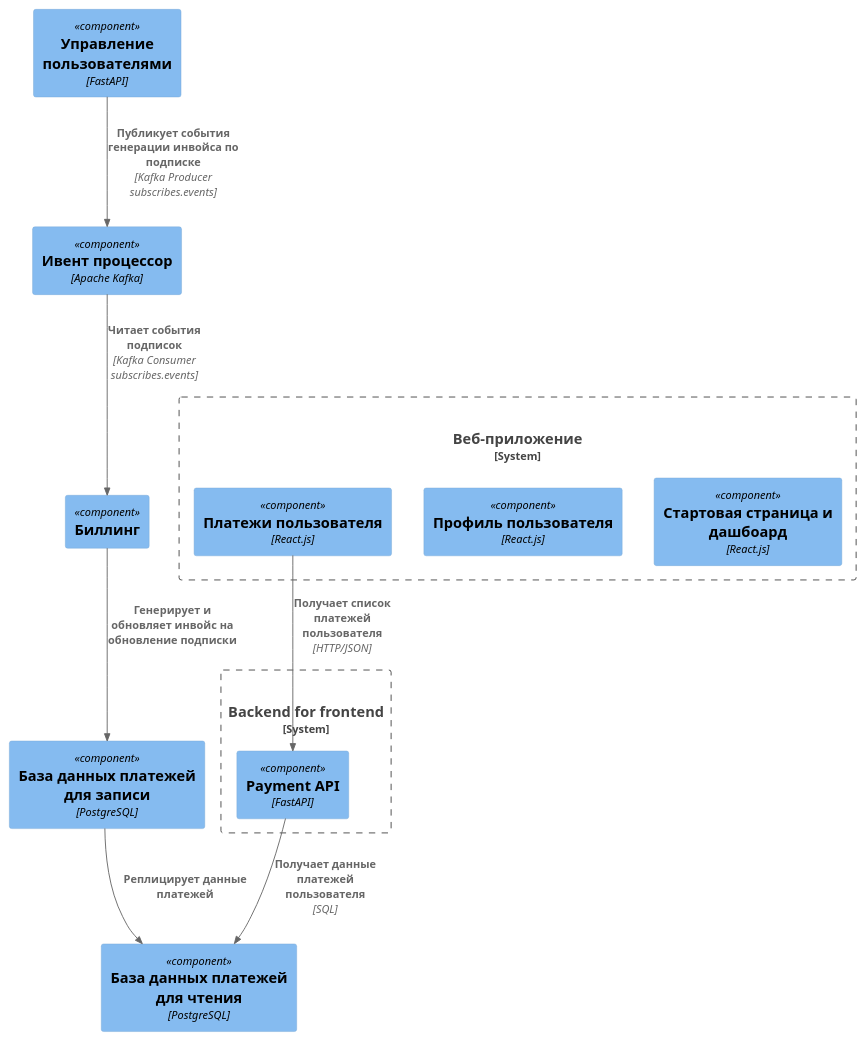
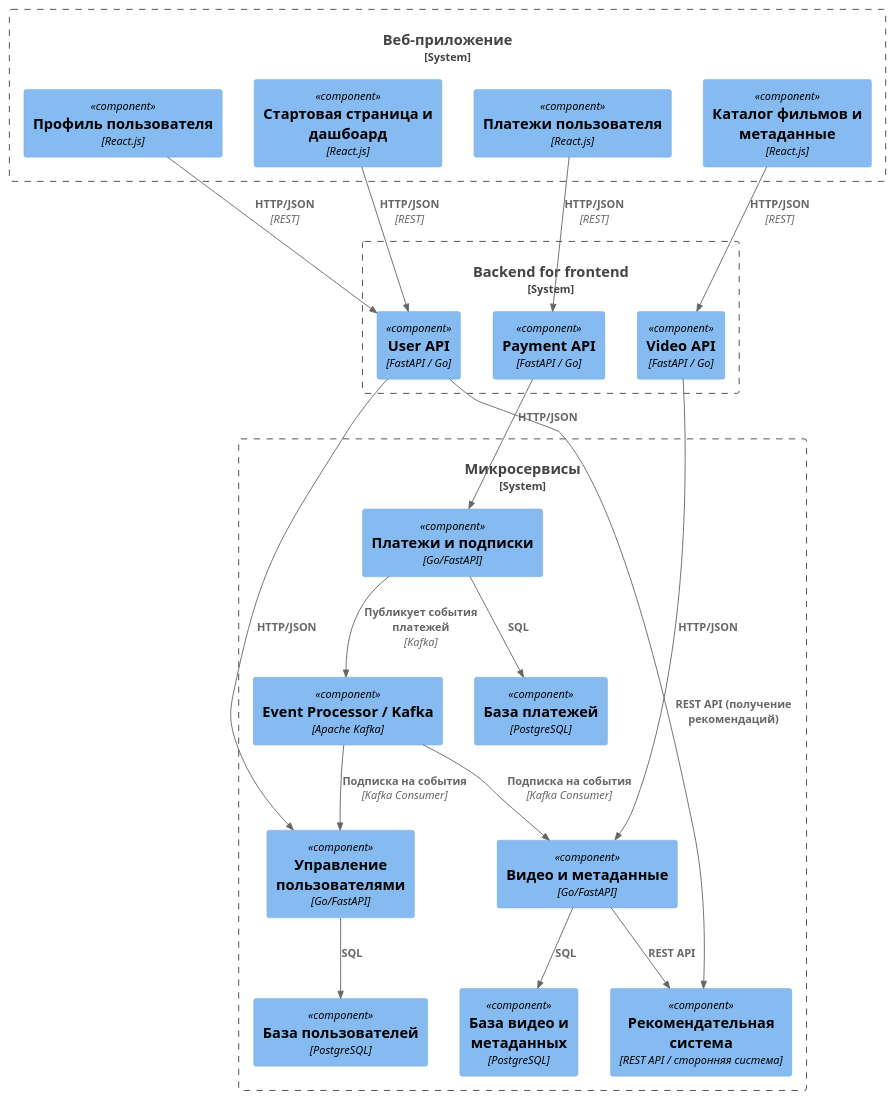
The diagram in diagrams_c4/to_be/c4_component.puml (DmitriySharshak/architecture-cinemaabyss), drawn with PlantUML before and after one commit. The commit also changed 5 other files, not shown here.

```diff
--- a/diagrams_c4/to_be/c4_component.puml
+++ b/diagrams_c4/to_be/c4_component.puml
@@ -1,31 +1,48 @@
 @startuml
-!include <C4/C4_Context.puml>
-!include <C4/C4_Container.puml>
 !include <C4/C4_Component.puml>
-
 
 System_Boundary(webApp, "Веб-приложение") {
     Component(homeWebPage, "Стартовая страница и дашбоард", "React.js")
     Component(userProfilePage, "Профиль пользователя", "React.js")
     Component(paymentsPage, "Платежи пользователя", "React.js")
+    Component(videoCatalogPage, "Каталог фильмов и метаданные", "React.js")
 }
 
-System_Boundary(clientApi, "Backend for frontend"){
-    Component(paymentsApi, "Payment API", "FastAPI")
+System_Boundary(clientApi, "Backend for frontend") {
+    Component(userApi, "User API", "FastAPI / Go")
+    Component(paymentsApi, "Payment API", "FastAPI / Go")
+    Component(videoApi, "Video API", "FastAPI / Go")
 }
 
-Component(userManagement, "Управление пользователями", "FastAPI")
-Component(billingApp, "Биллинг", "")
-Component(billingDb, "База данных платежей для записи", PostgreSQL)
-Component(billingDbReplica, "База данных платежей для чтения", PostgreSQL)
-Component(eventProcessor, "Ивент процессор", "Apache Kafka")
+System_Boundary(microservices, "Микросервисы") {
+    Component(userManagement, "Управление пользователями", "Go/FastAPI")
+    Component(paymentService, "Платежи и подписки", "Go/FastAPI")
+    Component(videoService, "Видео и метаданные", "Go/FastAPI")
+    Component(recommendationService, "Рекомендательная система", "REST API / сторонняя система")
+    Component(eventProcessor, "Event Processor / Kafka", "Apache Kafka")
+    
+    Component(paymentDb, "База платежей", "PostgreSQL")
+    Component(userDb, "База пользователей", "PostgreSQL")
+    Component(videoDb, "База видео и метаданных", "PostgreSQL")
+}
 
+Rel(homeWebPage, userApi, "HTTP/JSON", "REST")
+Rel(userProfilePage, userApi, "HTTP/JSON", "REST")
+Rel(paymentsPage, paymentsApi, "HTTP/JSON", "REST")
+Rel(videoCatalogPage, videoApi, "HTTP/JSON", "REST")
 
-Rel(userManagement, eventProcessor, "Публикует события генерации инвойса по подписке", "Kafka Producer subscribes.events")
-Rel(eventProcessor, billingApp, "Читает события подписок", "Kafka Consumer subscribes.events")
-Rel(billingApp, billingDb, "Генерирует и обновляет инвойс на обновление подписки")
-Rel(paymentsPage, paymentsApi, "Получает список платежей пользователя", "HTTP/JSON")
-Rel(billingDb, billingDbReplica, "Реплицирует данные платежей")
-Rel(paymentsApi, billingDbReplica, "Получает данные платежей пользователя", "SQL")
+Rel(userApi, userManagement, "HTTP/JSON")
+Rel(paymentsApi, paymentService, "HTTP/JSON")
+Rel(videoApi, videoService, "HTTP/JSON")
 
+Rel(userManagement, userDb, "SQL")
+Rel(paymentService, paymentDb, "SQL")
+Rel(videoService, videoDb, "SQL")
+
+Rel(paymentService, eventProcessor, "Публикует события платежей", "Kafka")
+Rel(eventProcessor, videoService, "Подписка на события", "Kafka Consumer")
+Rel(eventProcessor, userManagement, "Подписка на события", "Kafka Consumer")
+
+Rel(videoService, recommendationService, "REST API")
+Rel(userApi, recommendationService, "REST API (получение рекомендаций)")
 @enduml
```
